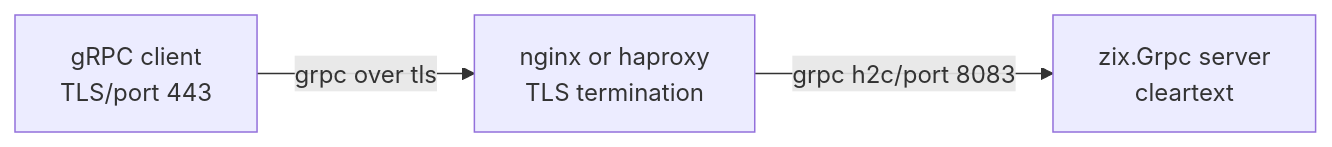
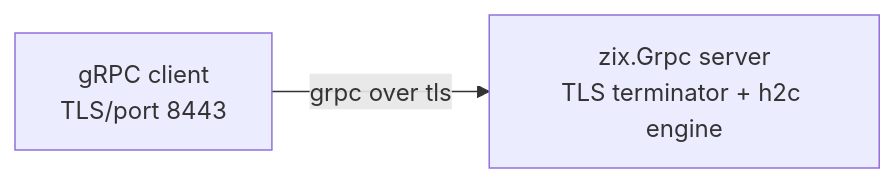
One commit to prothegee/zix changed the fourth of 4 diagrams in docs/hld-grpc-en.md. Above: the diagram before and after it, drawn with Mermaid. The commit also changed other lines of this file and 1 other file, not shown here.

Commit message:
update grpc hld for native tls

````diff
--- a/docs/hld-grpc-en.md
+++ b/docs/hld-grpc-en.md
@@ -381,5 +381,4 @@
 ```mermaid
 graph LR
-    C[gRPC client\nTLS/port 443] -->|grpc over tls| P[nginx or haproxy\nTLS termination]
-    P -->|grpc h2c/port 8083| Z[zix.Grpc server\ncleartext]
+    C[gRPC client\nTLS/port 8443] -->|grpc over tls| Z[zix.Grpc server\nTLS terminator + h2c engine]
 ```
````
